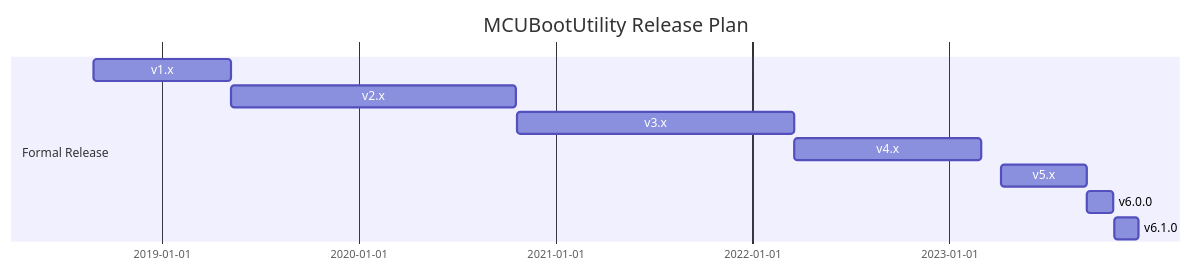
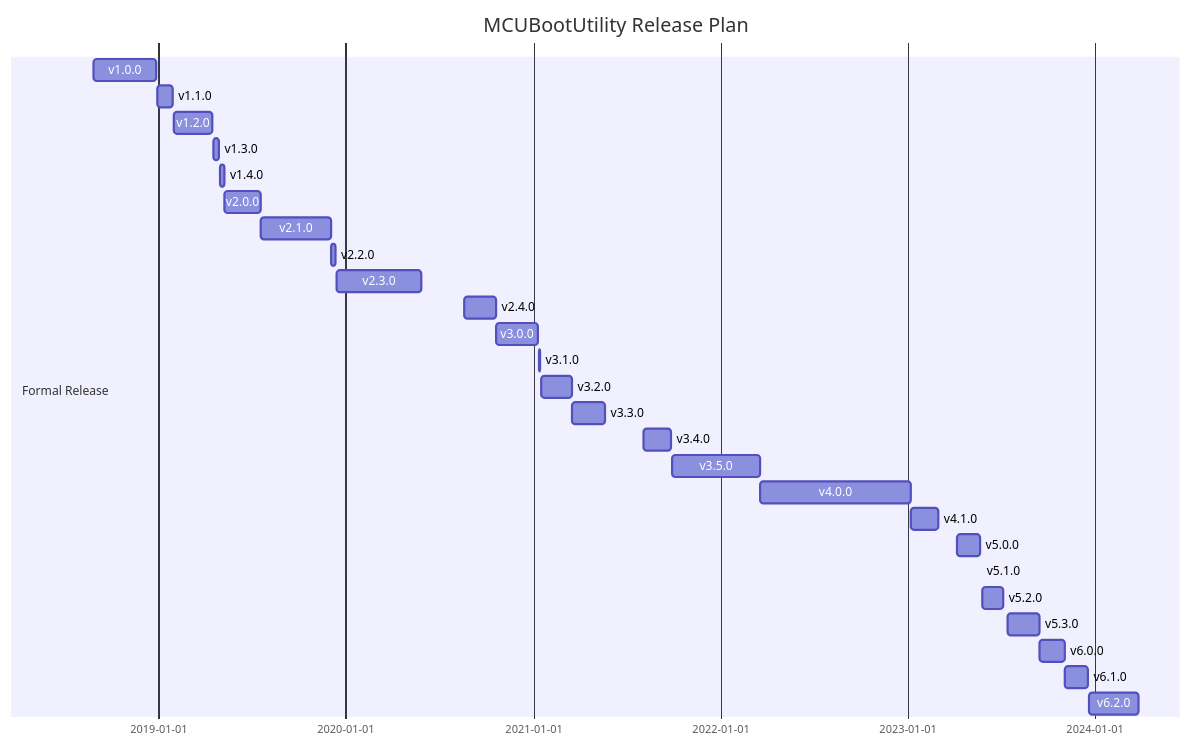
The diagram in README.md (JayHeng/NXP-MCUBootUtility), drawn with Mermaid before and after one commit. The commit also changed other lines of this file and 47 other files, not shown here.

````diff
--- a/README.md
+++ b/README.md
@@ -1,13 +1,31 @@
 ``` mermaid
 gantt
     title MCUBootUtility Release Plan
     dateFormat  YYYY-MM-DD
     section Formal Release
-    v1.x             :a1, 2018-08-27, 2019-05-09
-    v2.x             :a2, 2019-05-10, 2020-10-20
-    v3.x             :a3, 2020-10-21, 2022-03-19
-    v4.x             :a4, 2022-03-20, 2023-03-02
-    v5.x             :a5, 2023-04-07, 2023-09-14
-    v6.0.0           :a6, 2023-09-15, 2023-11-03
-    v6.1.0           :a7, 2023-11-04, 2023-12-19
+    v1.0.0           :a1, 2018-08-27, 2018-12-28
+    v1.1.0           :a2, 2018-12-29, 2019-01-29
+    v1.2.0           :a3, 2019-01-30, 2019-04-16
+    v1.3.0           :a4, 2019-04-17, 2019-04-29
+    v1.4.0           :a5, 2019-04-30, 2019-05-09
+    v2.0.0           :a6, 2019-05-10, 2019-07-19
+    v2.1.0           :a7, 2019-07-20, 2019-12-03
+    v2.2.0           :a8, 2019-12-04, 2019-12-13
+    v2.3.0           :a9, 2019-12-14, 2020-05-28
+    v2.4.0           :a10, 2020-08-20, 2020-10-20
+    v3.0.0           :a11, 2020-10-21, 2021-01-10
+    v3.1.0           :a12, 2021-01-11, 2021-01-13
+    v3.2.0           :a13, 2021-01-16, 2021-03-17
+    v3.3.0           :a14, 2021-03-18, 2021-05-20
+    v3.4.0           :a15, 2021-08-03, 2021-09-27
+    v3.5.0           :a16, 2021-09-28, 2022-03-19
+    v4.0.0           :a17, 2022-03-20, 2023-01-06
+    v4.1.0           :a18, 2023-01-07, 2023-03-02
+    v5.0.0           :a19, 2023-04-07, 2023-05-23
+    v5.1.0           :a20, 2023-05-24, 2023-05-25
+    v5.2.0           :a21, 2023-05-26, 2023-07-07
+    v5.3.0           :a22, 2023-07-15, 2023-09-14
+    v6.0.0           :a23, 2023-09-15, 2023-11-03
+    v6.1.0           :a24, 2023-11-04, 2023-12-19
+    v6.2.0           :a24, 2023-12-20, 2024-03-26
 ```
````
